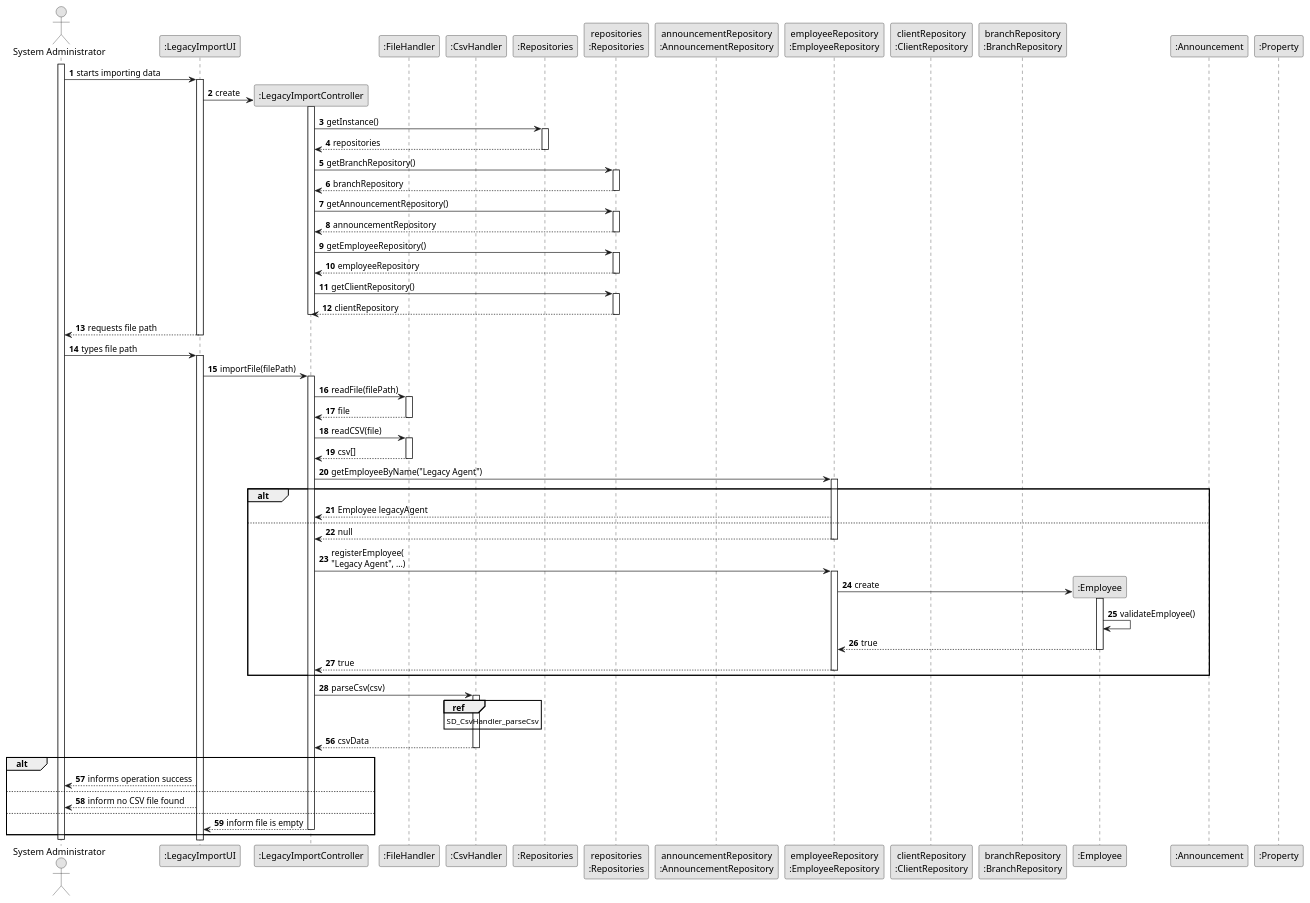
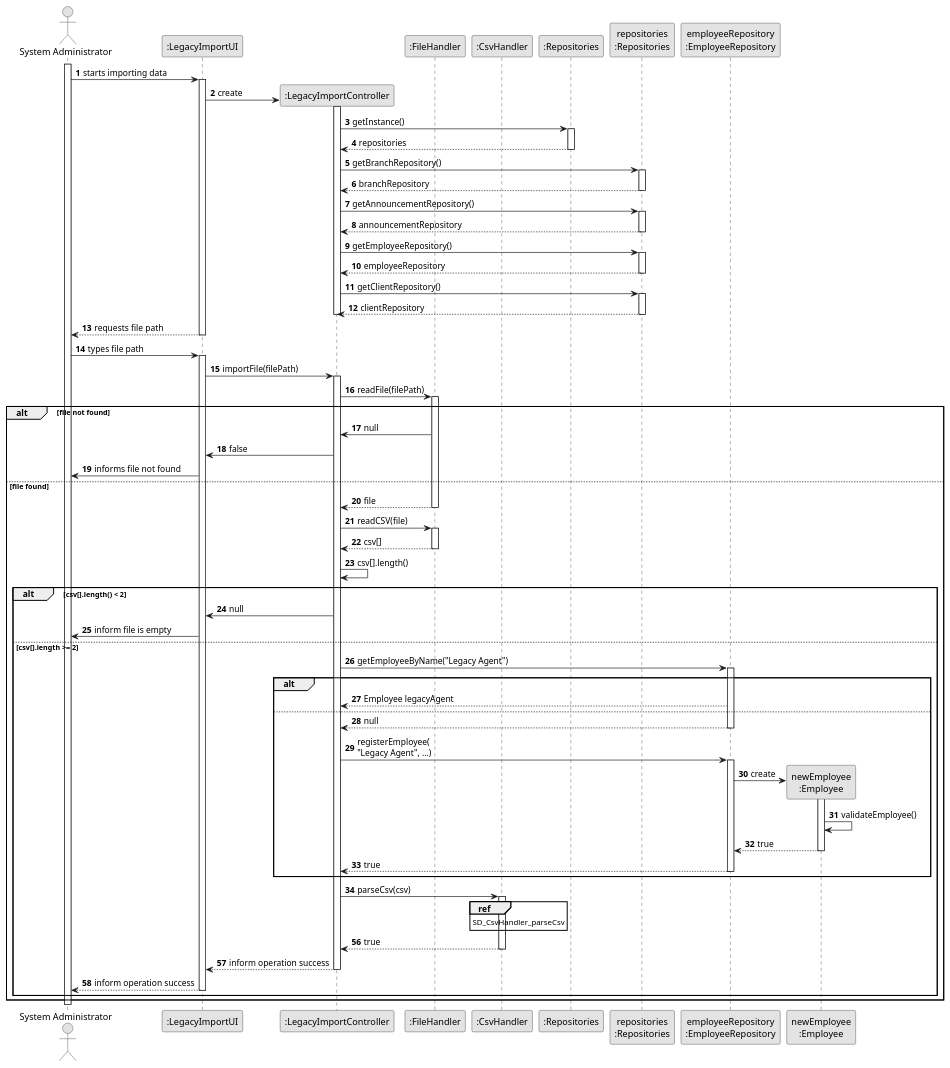
The diagram in docs/sprintC/US012/03.design/puml/us012-sequence-diagram.puml (tiagohcorreia/LAPR2), drawn with PlantUML before and after one commit. The commit also changed 25 other files, not shown here.

```diff
--- a/docs/sprintC/US012/03.design/puml/us012-sequence-diagram.puml
+++ b/docs/sprintC/US012/03.design/puml/us012-sequence-diagram.puml
@@ -1,100 +1,117 @@
 @startuml
 'https://plantuml.com/sequence-diagram
 
 skinparam monochrome true
 skinparam shadowing false
 autonumber
 
 actor "System Administrator" as sa
 participant ":LegacyImportUI" as ui
 participant ":LegacyImportController" as ctrl
 participant ":FileHandler" as fh
 participant ":CsvHandler" as ch
 
 participant ":Repositories" as repos
 participant "repositories\n:Repositories" as repositories
-participant "announcementRepository\n:AnnouncementRepository" as AnnR
+'participant "announcementRepository\n:AnnouncementRepository" as AnnR
 participant "employeeRepository\n:EmployeeRepository" as EmpR
-participant "clientRepository\n:ClientRepository" as CliR
-participant "branchRepository\n:BranchRepository" as BraR
-participant ":Employee" as Emp
-participant ":Announcement" as Ann
-participant ":Property" as Pro
+'participant "clientRepository\n:ClientRepository" as CliR
+'participant "branchRepository\n:BranchRepository" as BraR
+participant "newEmployee\n:Employee" as Emp
+'participant ":Announcement" as Ann
+'participant ":Property" as Pro
 
 activate sa
 sa -> ui: starts importing data
 activate ui
 ui -> ctrl**: create
 activate ctrl
 ctrl -> repos: getInstance()
 activate repos
 return repositories
 
 ctrl -> repositories: getBranchRepository()
 activate repositories
 return branchRepository
 
 ctrl -> repositories: getAnnouncementRepository()
 activate repositories
 return announcementRepository
 
 ctrl -> repositories: getEmployeeRepository()
 activate repositories
 return employeeRepository
 
 
 ctrl -> repositories: getClientRepository()
 activate repositories
 return clientRepository
 deactivate ctrl
 
 return requests file path
 
 sa -> ui: types file path
 activate ui
 
 ui -> ctrl: importFile(filePath)
 activate ctrl
 'ctrl -> fh**: create
 ctrl -> fh: readFile(filePath)
 activate fh
-return file
-
+alt file not found
+fh -> ctrl: null
+ctrl -> ui: false
+ui -> sa: informs file not found
+else file found
+    return file
 ctrl -> fh: readCSV(file)
 activate fh
 return csv[]
+
+ctrl -> ctrl: csv[].length()
+'activate ctrl
+alt csv[].length() < 2
+ctrl -> ui: null
+ui -> sa: inform file is empty
+else csv[].length >= 2
 
 ctrl -> EmpR: getEmployeeByName("Legacy Agent")
 activate EmpR
 alt
     EmpR --> ctrl: Employee legacyAgent
 else
     return null
     ctrl -> EmpR: registerEmployee(\n"Legacy Agent", ...)
     activate EmpR
     EmpR -> Emp**: create
     activate Emp
     Emp -> Emp: validateEmployee()
     return true
     return true
 end
 
 
 ctrl -> ch: parseCsv(csv)
 activate ch
 ref over ch: SD_CsvHandler_parseCsv
 autonumber 56
-return csvData
+return true
+return inform operation success
+return inform operation success
+end
+end
 
-alt
-    ui --> sa: informs operation success
-else
-    ui --> sa: inform no CSV file found
-else
-    return inform file is empty
 
-end
+
+'alt
+'    ui --> sa: informs operation success
+'else
+'    ui --> sa: inform no CSV file found
+'else
+'    return inform file is empty
+'
+'end
 
 deactivate sa
 
 @enduml
```
